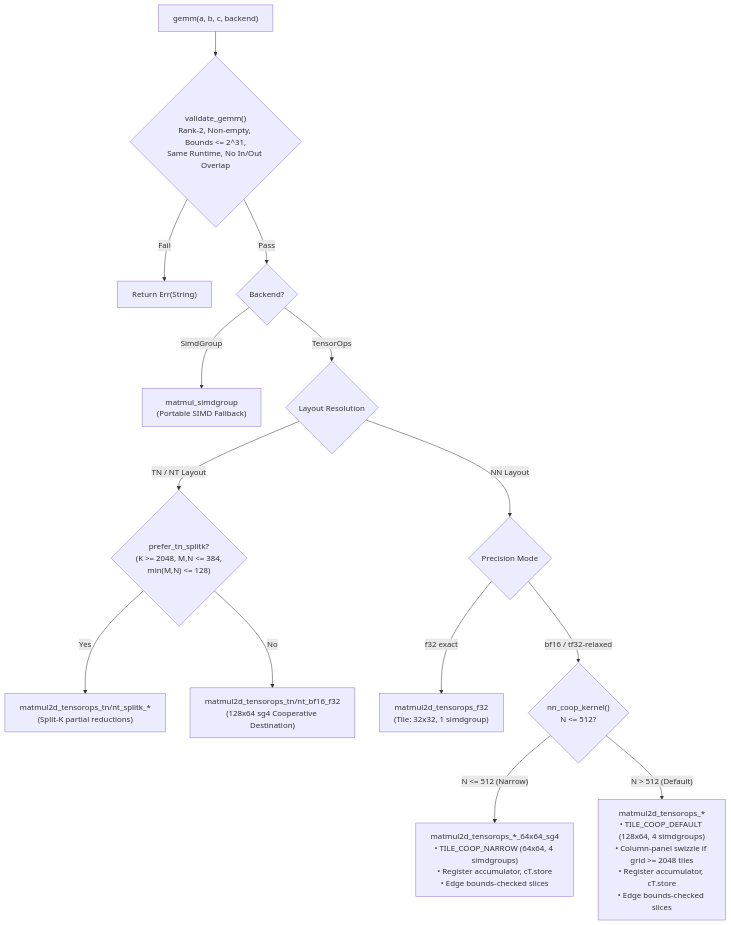
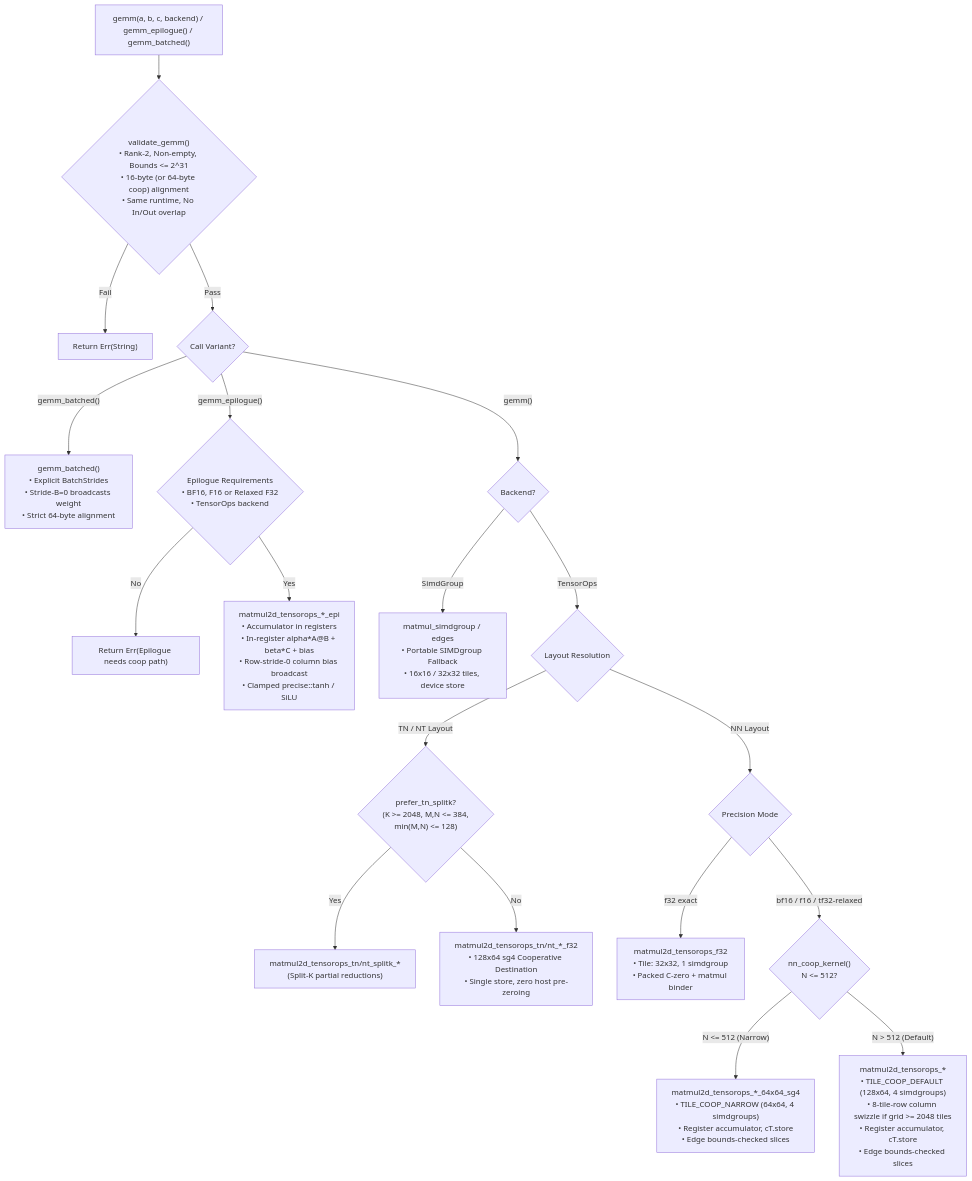
Before and after one commit to bharathvbcr/tessl: the first of 8 diagrams in docs/architecture.md, drawn with Mermaid. The commit also changed other lines of this file and 3 other files, not shown here.

Commit message:
docs: modernize architecture, benchmarking, and verification diagrams with Mermaid

````diff
--- a/docs/architecture.md
+++ b/docs/architecture.md
@@ -11,23 +11,30 @@
 ```mermaid
 flowchart TD
-    Start["gemm(a, b, c, backend)"] --> Validate{"validate_gemm()<br/>Rank-2, Non-empty, Bounds &lt;= 2^31,<br/>Same Runtime, No In/Out Overlap"}
+    Start["gemm(a, b, c, backend) / gemm_epilogue() / gemm_batched()"] --> Validate{"validate_gemm()<br/>• Rank-2, Non-empty, Bounds &lt;= 2^31<br/>• 16-byte (or 64-byte coop) alignment<br/>• Same runtime, No In/Out overlap"}
     Validate -- Fail --> Err["Return Err(String)"]
-    Validate -- Pass --> BackendCheck{"Backend?"}
+    Validate -- Pass --> ModeCheck{"Call Variant?"}
 
-    BackendCheck -- SimdGroup --> SimdGroupKernel["matmul_simdgroup<br/>(Portable SIMD Fallback)"]
+    ModeCheck -- "gemm_batched()" --> Batched["gemm_batched()<br/>• Explicit BatchStrides<br/>• Stride-B=0 broadcasts weight<br/>• Strict 64-byte alignment"]
+    ModeCheck -- "gemm_epilogue()" --> EpiCheck{"Epilogue Requirements<br/>• BF16, F16 or Relaxed F32<br/>• TensorOps backend"}
+    EpiCheck -- No --> EpiErr["Return Err(Epilogue needs coop path)"]
+    EpiCheck -- Yes --> EpiDispatch["matmul2d_tensorops_*_epi<br/>• Accumulator in registers<br/>• In-register alpha*A@B + beta*C + bias<br/>• Row-stride-0 column bias broadcast<br/>• Clamped precise::tanh / SiLU"]
+    
+    ModeCheck -- "gemm()" --> BackendCheck{"Backend?"}
+
+    BackendCheck -- SimdGroup --> SimdGroupKernel["matmul_simdgroup / edges<br/>• Portable SIMDgroup Fallback<br/>• 16x16 / 32x32 tiles, device store"]
     BackendCheck -- TensorOps --> LayoutCheck{"Layout Resolution"}
 
     LayoutCheck -- "TN / NT Layout" --> SplitKCheck{"prefer_tn_splitk?<br/>(K &gt;= 2048, M,N &lt;= 384,<br/>min(M,N) &lt;= 128)"}
     SplitKCheck -- Yes --> SplitKKernel["matmul2d_tensorops_tn/nt_splitk_*<br/>(Split-K partial reductions)"]
-    SplitKCheck -- No --> CoopTN["matmul2d_tensorops_tn/nt_bf16_f32<br/>(128x64 sg4 Cooperative Destination)"]
+    SplitKCheck -- No --> CoopTN["matmul2d_tensorops_tn/nt_*_f32<br/>• 128x64 sg4 Cooperative Destination<br/>• Single store, zero host pre-zeroing"]
 
     LayoutCheck -- "NN Layout" --> PrecisionCheck{"Precision Mode"}
     
-    PrecisionCheck -- "f32 exact" --> F32Exact["matmul2d_tensorops_f32<br/>(Tile: 32x32, 1 simdgroup)"]
+    PrecisionCheck -- "f32 exact" --> F32Exact["matmul2d_tensorops_f32<br/>• Tile: 32x32, 1 simdgroup<br/>• Packed C-zero + matmul binder"]
     
-    PrecisionCheck -- "bf16 / tf32-relaxed" --> NNTable{"nn_coop_kernel()<br/>N &lt;= 512?"}
+    PrecisionCheck -- "bf16 / f16 / tf32-relaxed" --> NNTable{"nn_coop_kernel()<br/>N &lt;= 512?"}
     
     NNTable -- "N &lt;= 512 (Narrow)" --> NNNarrow["matmul2d_tensorops_*_64x64_sg4<br/>• TILE_COOP_NARROW (64x64, 4 simdgroups)<br/>• Register accumulator, cT.store<br/>• Edge bounds-checked slices"]
     
-    NNTable -- "N &gt; 512 (Default)" --> NNDefault["matmul2d_tensorops_*<br/>• TILE_COOP_DEFAULT (128x64, 4 simdgroups)<br/>• Column-panel swizzle if grid &gt;= 2048 tiles<br/>• Register accumulator, cT.store<br/>• Edge bounds-checked slices"]
+    NNTable -- "N &gt; 512 (Default)" --> NNDefault["matmul2d_tensorops_*<br/>• TILE_COOP_DEFAULT (128x64, 4 simdgroups)<br/>• 8-tile-row column swizzle if grid &gt;= 2048 tiles<br/>• Register accumulator, cT.store<br/>• Edge bounds-checked slices"]
 ```
````
